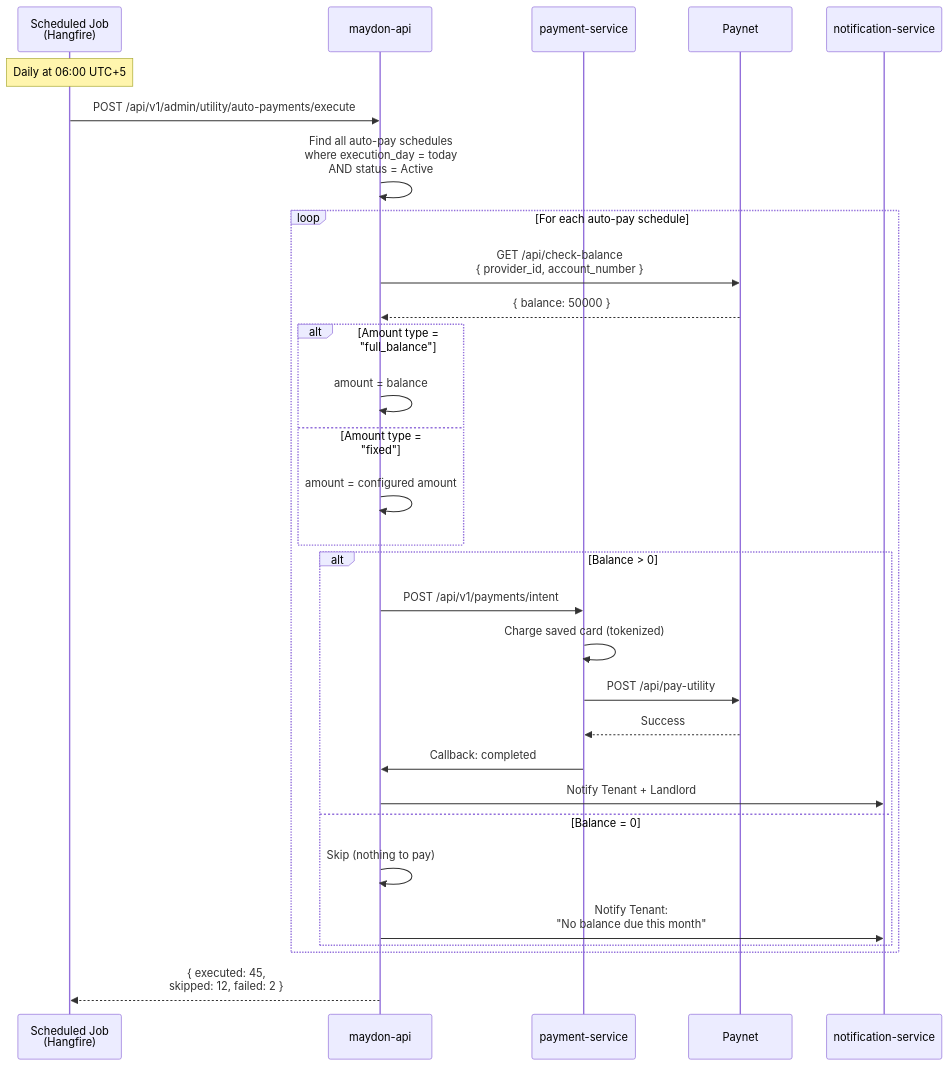
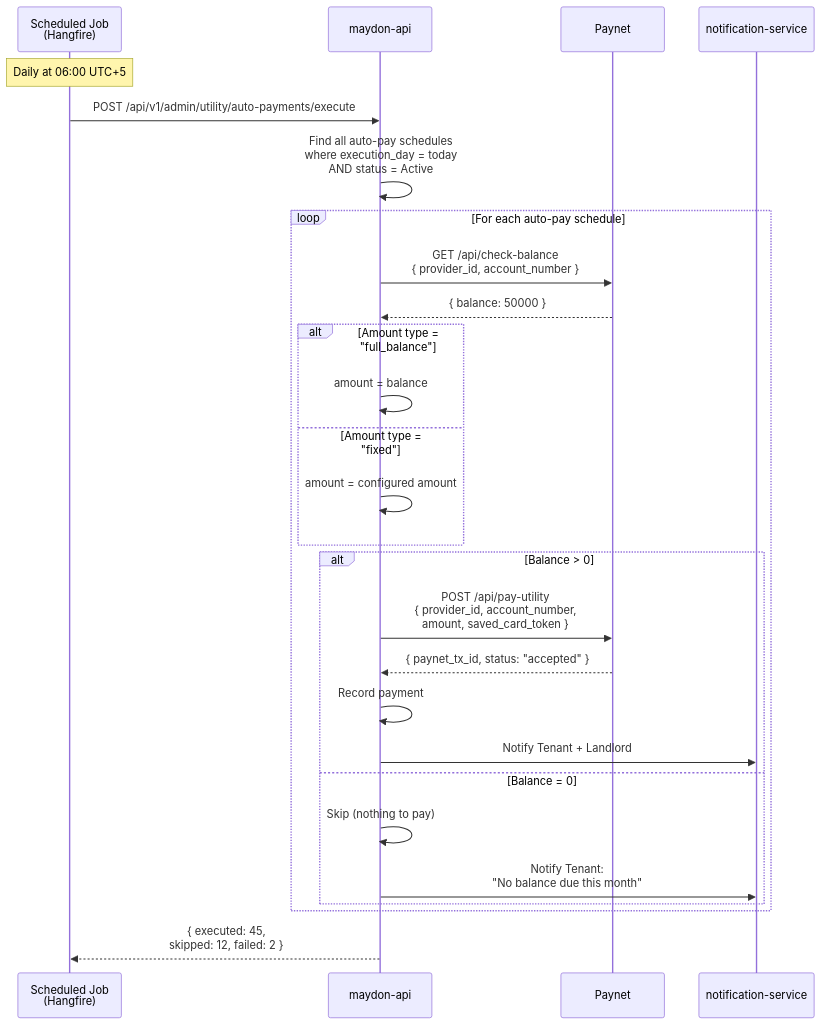
One commit to saodatm-dev/Utilities---Informational-Architecture changed diagram 11 of 14 in utilities-payment-userflow.md. Above: the diagram before and after it, drawn with Mermaid. The commit also changed other lines of this file and 12 other files, not shown here.

Commit message:
docs: Remove outdated informational architecture documents, update payment userflow, and add new images.

````diff
--- a/utilities-payment-userflow.md
+++ b/utilities-payment-userflow.md
@@ -348,38 +438,35 @@
 ```mermaid
 sequenceDiagram
     participant CRON as Scheduled Job<br/>(Hangfire)
     participant API as maydon-api
-    participant PS as payment-service
     participant PN as Paynet
     participant N as notification-service
 
     Note over CRON: Daily at 06:00 UTC+5
     CRON->>API: POST /api/v1/admin/utility/auto-payments/execute
 
     API->>API: Find all auto-pay schedules<br/>where execution_day = today<br/>AND status = Active
 
     loop For each auto-pay schedule
         API->>PN: GET /api/check-balance<br/>{ provider_id, account_number }
         PN-->>API: { balance: 50000 }
 
         alt Amount type = "full_balance"
             API->>API: amount = balance
         else Amount type = "fixed"
             API->>API: amount = configured amount
         end
 
         alt Balance > 0
-            API->>PS: POST /api/v1/payments/intent
-            PS->>PS: Charge saved card (tokenized)
-            PS->>PN: POST /api/pay-utility
-            PN-->>PS: Success
-            PS->>API: Callback: completed
+            API->>PN: POST /api/pay-utility<br/>{ provider_id, account_number,<br/>amount, saved_card_token }
+            PN-->>API: { paynet_tx_id, status: "accepted" }
+            API->>API: Record payment
             API->>N: Notify Tenant + Landlord
         else Balance = 0
             API->>API: Skip (nothing to pay)
             API->>N: Notify Tenant:<br/>"No balance due this month"
         end
     end
 
     API-->>CRON: { executed: 45,<br/>skipped: 12, failed: 2 }
 ```
````
